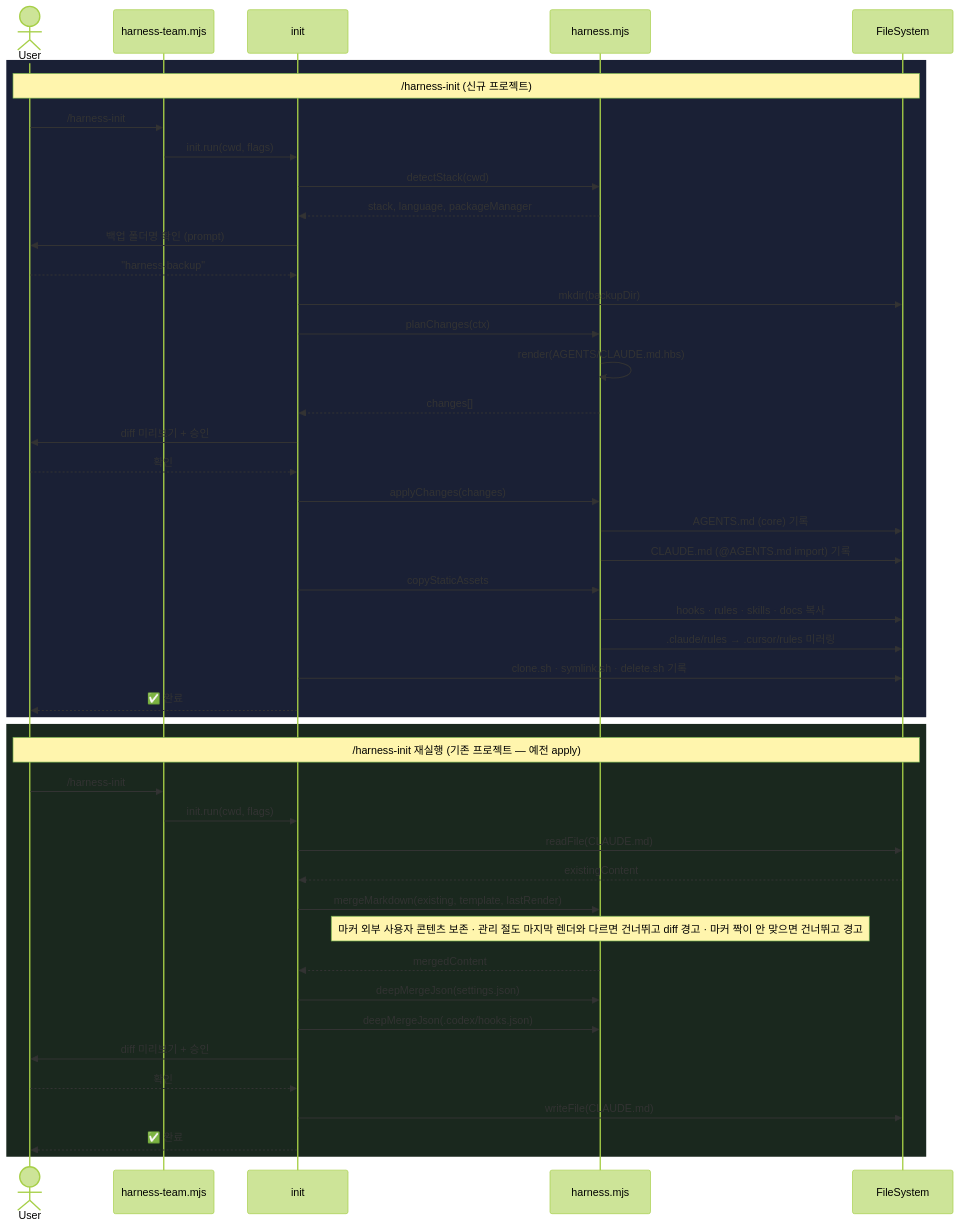
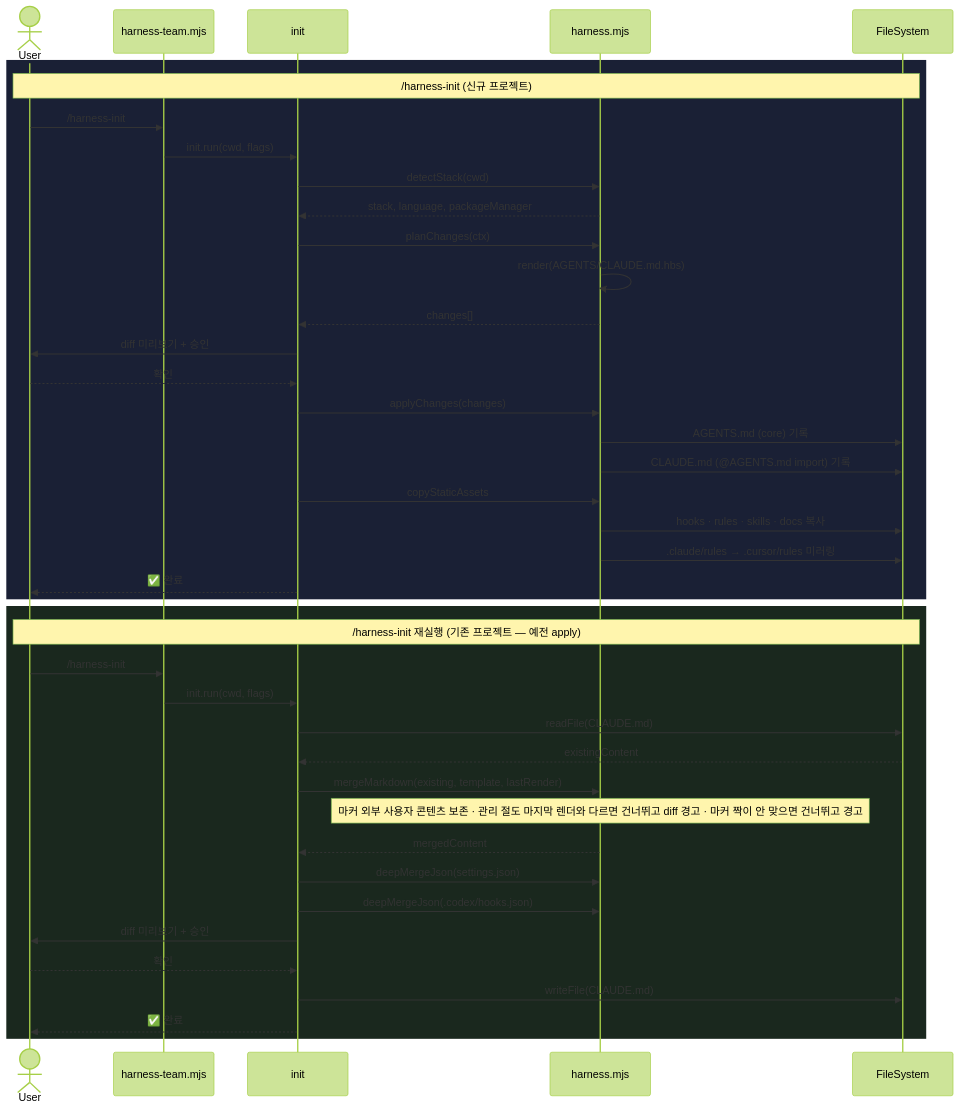
The diagram in docs/diagrams/harness-overview/workflow.mmd (bd-makers/team-harness), drawn with Mermaid (forest theme) before and after one commit. The commit also changed 66 other files, not shown here.

```diff
--- a/docs/diagrams/harness-overview/workflow.mmd
+++ b/docs/diagrams/harness-overview/workflow.mmd
@@ -1,47 +1,43 @@
 sequenceDiagram
     actor User
     participant CLI as harness-team.mjs
     participant Cmd as init
     participant H as harness.mjs
     participant FS as FileSystem
 
     rect rgb(26, 32, 53)
         Note over User,FS: /harness-init (신규 프로젝트)
         User->>CLI: /harness-init
         CLI->>Cmd: init.run(cwd, flags)
         Cmd->>H: detectStack(cwd)
         H-->>Cmd: stack, language, packageManager
-        Cmd->>User: 백업 폴더명 확인 (prompt)
-        User-->>Cmd: "harness-backup"
-        Cmd->>FS: mkdir(backupDir)
         Cmd->>H: planChanges(ctx)
         H->>H: render(AGENTS/CLAUDE.md.hbs)
         H-->>Cmd: changes[]
         Cmd->>User: diff 미리보기 + 승인
         User-->>Cmd: 확인
         Cmd->>H: applyChanges(changes)
         H->>FS: AGENTS.md (core) 기록
         H->>FS: CLAUDE.md (@AGENTS.md import) 기록
         Cmd->>H: copyStaticAssets
         H->>FS: hooks · rules · skills · docs 복사
         H->>FS: .claude/rules → .cursor/rules 미러링
-        Cmd->>FS: clone.sh · symlink.sh · delete.sh 기록
         Cmd-->>User: ✅ 완료
     end
 
     rect rgb(26, 40, 30)
         Note over User,FS: /harness-init 재실행 (기존 프로젝트 — 예전 apply)
         User->>CLI: /harness-init
         CLI->>Cmd: init.run(cwd, flags)
         Cmd->>FS: readFile(CLAUDE.md)
         FS-->>Cmd: existingContent
         Cmd->>H: mergeMarkdown(existing, template, lastRender)
         Note over H: 마커 외부 사용자 콘텐츠 보존 · 관리 절도 마지막 렌더와 다르면 건너뛰고 diff 경고 · 마커 짝이 안 맞으면 건너뛰고 경고
         H-->>Cmd: mergedContent
         Cmd->>H: deepMergeJson(settings.json)
         Cmd->>H: deepMergeJson(.codex/hooks.json)
         Cmd->>User: diff 미리보기 + 승인
         User-->>Cmd: 확인
         Cmd->>FS: writeFile(CLAUDE.md)
         Cmd-->>User: ✅ 완료
     end
```
